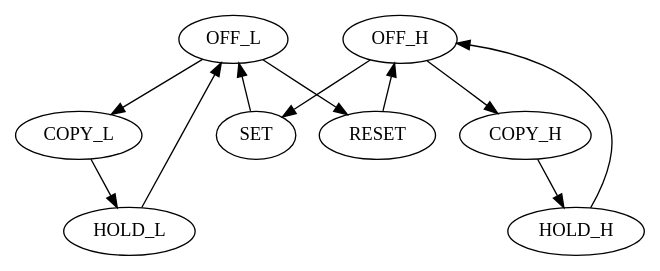
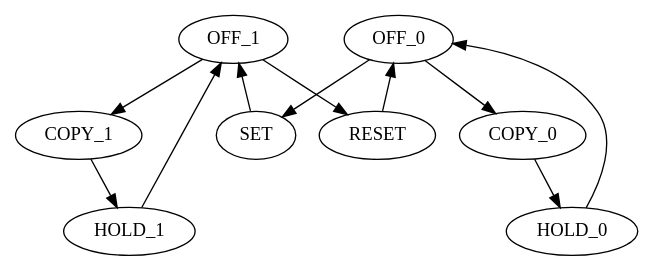
Before and after one commit to priyanka-raina/Hybrid-RRAM-NEMS: the diagram in figures/fsm/fsm_compact.dot, drawn with Graphviz. The commit also changed 6 other files, not shown here.

```diff
--- a/figures/fsm/fsm_compact.dot
+++ b/figures/fsm/fsm_compact.dot
@@ -1,13 +1,13 @@
 digraph G {
-"OFF_H"->"SET"
-"SET"->"OFF_L"
-"OFF_L"->"RESET"
-"RESET"->"OFF_H"
-"OFF_H"->"COPY_H"
-"COPY_H"->"HOLD_H"
-"HOLD_H"->"OFF_H"
-"OFF_L"->"COPY_L"
-"COPY_L"->"HOLD_L"
-"HOLD_L"->"OFF_L"
-{rank=same "OFF_L" "OFF_H"}
+"OFF_0"->"SET"
+"SET"->"OFF_1"
+"OFF_1"->"RESET"
+"RESET"->"OFF_0"
+"OFF_0"->"COPY_0"
+"COPY_0"->"HOLD_0"
+"HOLD_0"->"OFF_0"
+"OFF_1"->"COPY_1"
+"COPY_1"->"HOLD_1"
+"HOLD_1"->"OFF_1"
+{rank=same "OFF_1" "OFF_0"}
 }
```
